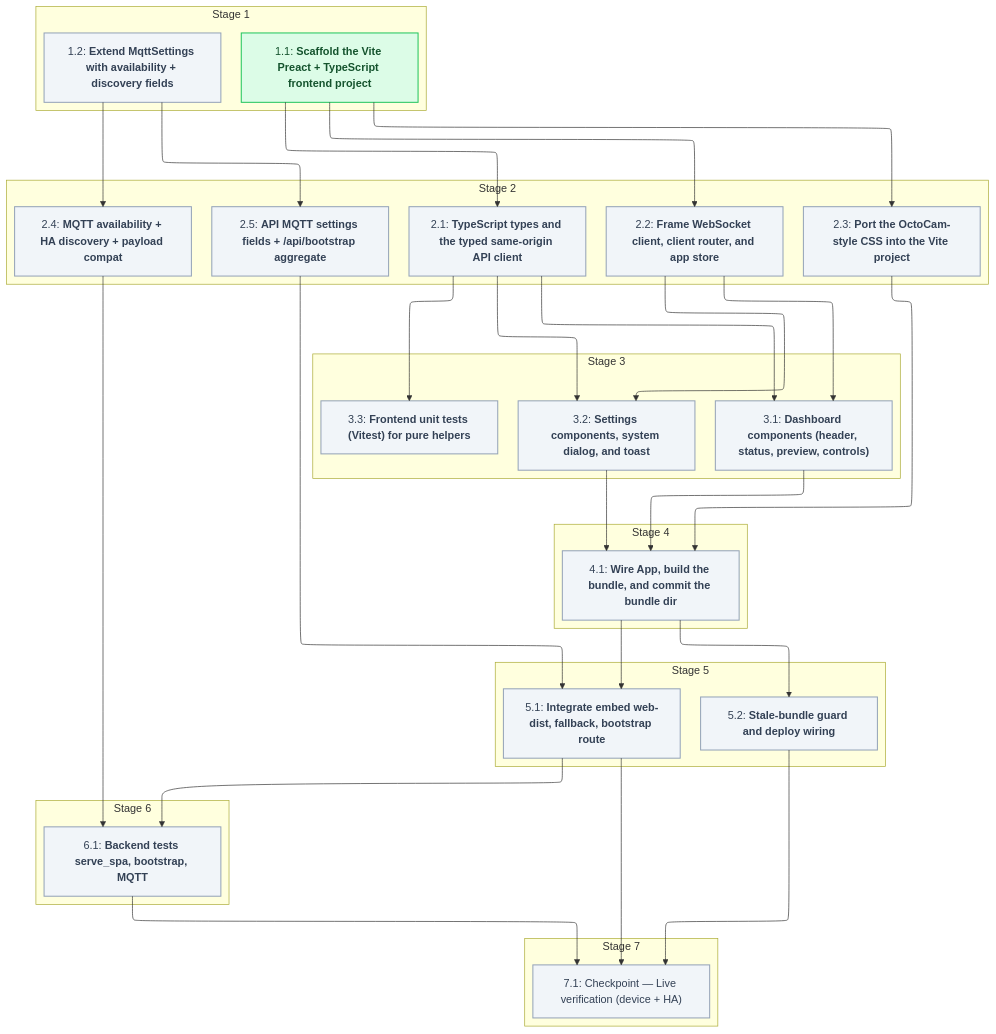
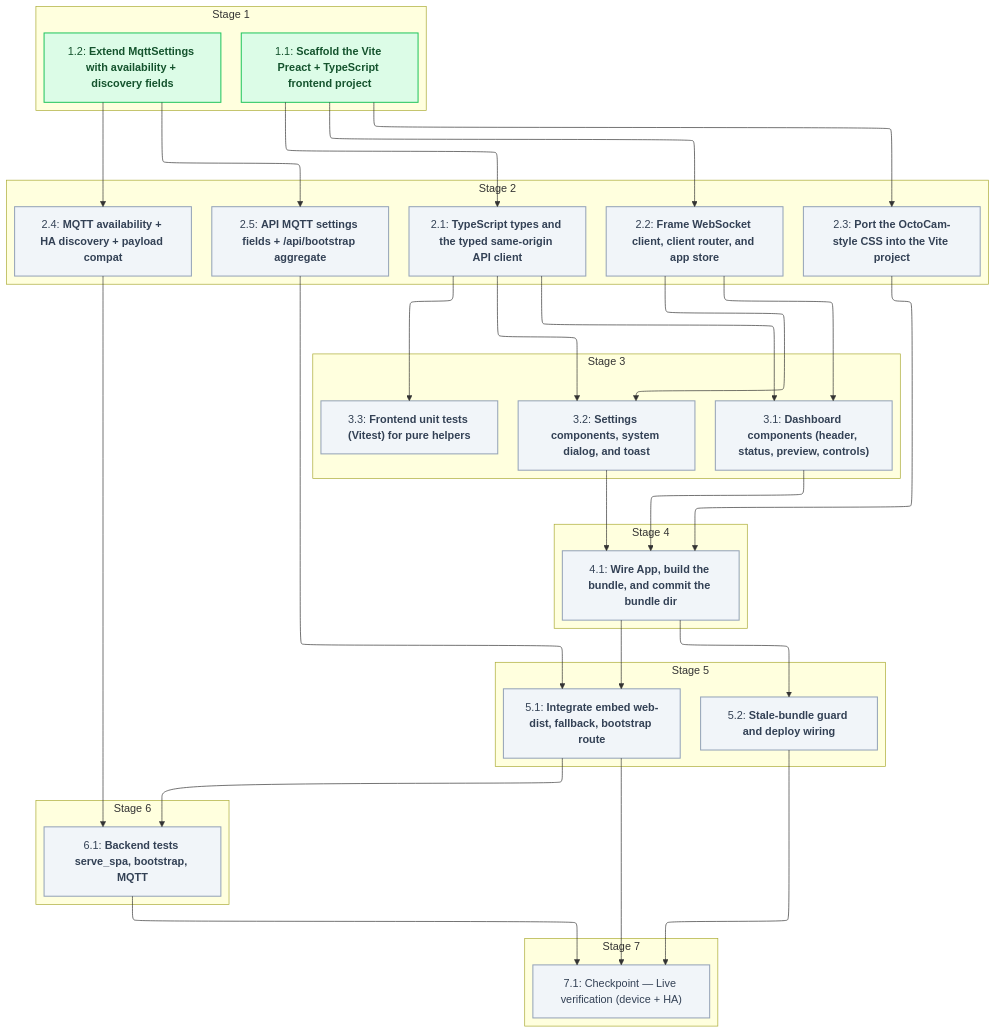
One commit to sohampatwardhan/MoodLightPi changed the diagram in .specs/preact-frontend/04_tasks.md. Above: the diagram before and after it, drawn with Mermaid. The commit also changed other lines of this file and 5 other files, not shown here.

````diff
--- a/.specs/preact-frontend/04_tasks.md
+++ b/.specs/preact-frontend/04_tasks.md
@@ -9,71 +9,71 @@
 ```mermaid
 %%{init: {'flowchart': {'defaultRenderer': 'elk'}}}%%
 flowchart TD
   classDef done fill:#dcfce7,stroke:#22c55e,stroke-width:1.5px,color:#14532d
   classDef pending fill:#f1f5f9,stroke:#94a3b8,stroke-width:1.5px,color:#334155
   subgraph n_stage_1["Stage 1"]
     n_1_1@{ shape: rect, label: "1.1: **Scaffold the Vite Preact + TypeScript frontend project**" }
     n_1_2@{ shape: rect, label: "1.2: **Extend MqttSettings with availability + discovery fields**" }
   end
   subgraph n_stage_2["Stage 2"]
     n_2_1@{ shape: rect, label: "2.1: **TypeScript types and the typed same-origin API client**" }
     n_2_2@{ shape: rect, label: "2.2: **Frame WebSocket client, client router, and app store**" }
     n_2_3@{ shape: rect, label: "2.3: **Port the OctoCam-style CSS into the Vite project**" }
     n_2_4@{ shape: rect, label: "2.4: **MQTT availability + HA discovery + payload compat**" }
     n_2_5@{ shape: rect, label: "2.5: **API MQTT settings fields + /api/bootstrap aggregate**" }
   end
   subgraph n_stage_3["Stage 3"]
     n_3_1@{ shape: rect, label: "3.1: **Dashboard components (header, status, preview, controls)**" }
     n_3_2@{ shape: rect, label: "3.2: **Settings components, system dialog, and toast**" }
     n_3_3@{ shape: rect, label: "3.3: **Frontend unit tests (Vitest) for pure helpers**" }
   end
   subgraph n_stage_4["Stage 4"]
     n_4_1@{ shape: rect, label: "4.1: **Wire App, build the bundle, and commit the bundle dir**" }
   end
   subgraph n_stage_5["Stage 5"]
     n_5_1@{ shape: rect, label: "5.1: **Integrate embed web-dist, fallback, bootstrap route**" }
     n_5_2@{ shape: rect, label: "5.2: **Stale-bundle guard and deploy wiring**" }
   end
   subgraph n_stage_6["Stage 6"]
     n_6_1@{ shape: rect, label: "6.1: **Backend tests serve_spa, bootstrap, MQTT**" }
   end
   subgraph n_stage_7["Stage 7"]
     n_7_1@{ shape: rect, label: "7.1: Checkpoint — Live verification (device + HA)" }
   end
   n_1_1 --> n_2_1
   n_1_1 --> n_2_2
   n_1_1 --> n_2_3
   n_1_2 --> n_2_4
   n_1_2 --> n_2_5
   n_2_1 --> n_3_1
   n_2_2 --> n_3_1
   n_2_1 --> n_3_2
   n_2_2 --> n_3_2
   n_2_1 --> n_3_3
   n_2_3 --> n_4_1
   n_3_1 --> n_4_1
   n_3_2 --> n_4_1
   n_4_1 --> n_5_1
   n_2_5 --> n_5_1
   n_4_1 --> n_5_2
   n_2_4 --> n_6_1
   n_5_1 --> n_6_1
   n_5_1 --> n_7_1
   n_5_2 --> n_7_1
   n_6_1 --> n_7_1
   class n_1_1 done
-  class n_1_2 pending
+  class n_1_2 done
   class n_2_1 pending
   class n_2_2 pending
   class n_2_3 pending
   class n_2_4 pending
   class n_2_5 pending
   class n_3_1 pending
   class n_3_2 pending
   class n_3_3 pending
   class n_4_1 pending
   class n_5_1 pending
   class n_5_2 pending
   class n_6_1 pending
   class n_7_1 pending
 ```
````
